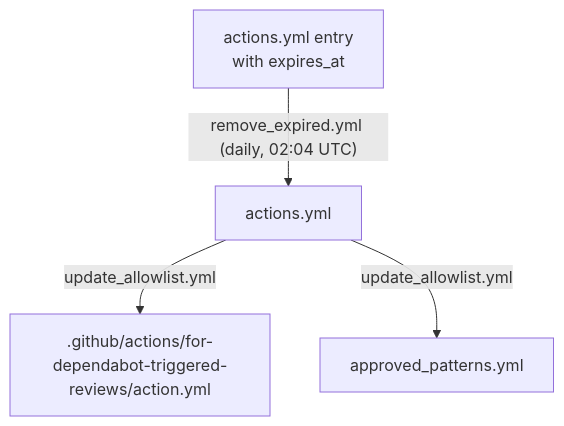
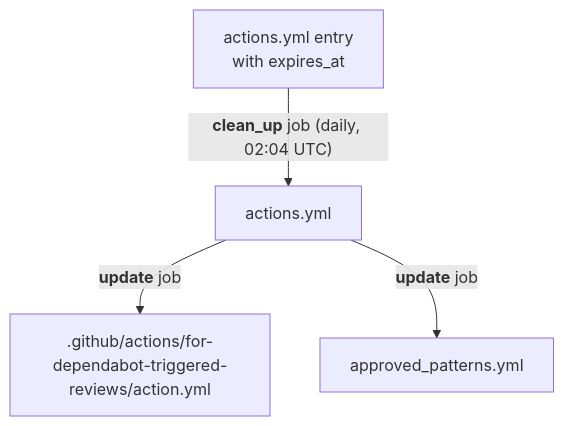
Before and after one commit to apache/infrastructure-actions: the fourth of 4 diagrams in README.md, drawn with Mermaid. The commit also changed other lines of this file and 2 other files, not shown here.

First line of the commit message:
workflows: inline approved-cap check, drop PAT, consolidate check_approved_limit.yml

````diff
--- a/README.md
+++ b/README.md
@@ -359,6 +354,6 @@
 ```mermaid
 graph TD;
-    entry["actions.yml entry<br/>with expires_at"]--"remove_expired.yml (daily, 02:04 UTC)"-->actions.yml
-    actions.yml--"update_allowlist.yml"-->composite[".github/actions/for-dependabot-triggered-reviews/action.yml"]
-    actions.yml--"update_allowlist.yml"-->approved["approved_patterns.yml"]
+    entry["actions.yml entry<br/>with expires_at"]--"<b>clean_up</b> job (daily, 02:04 UTC)"-->actions.yml
+    actions.yml--"<b>update</b> job"-->composite[".github/actions/for-dependabot-triggered-reviews/action.yml"]
+    actions.yml--"<b>update</b> job"-->approved["approved_patterns.yml"]
 ```
````
